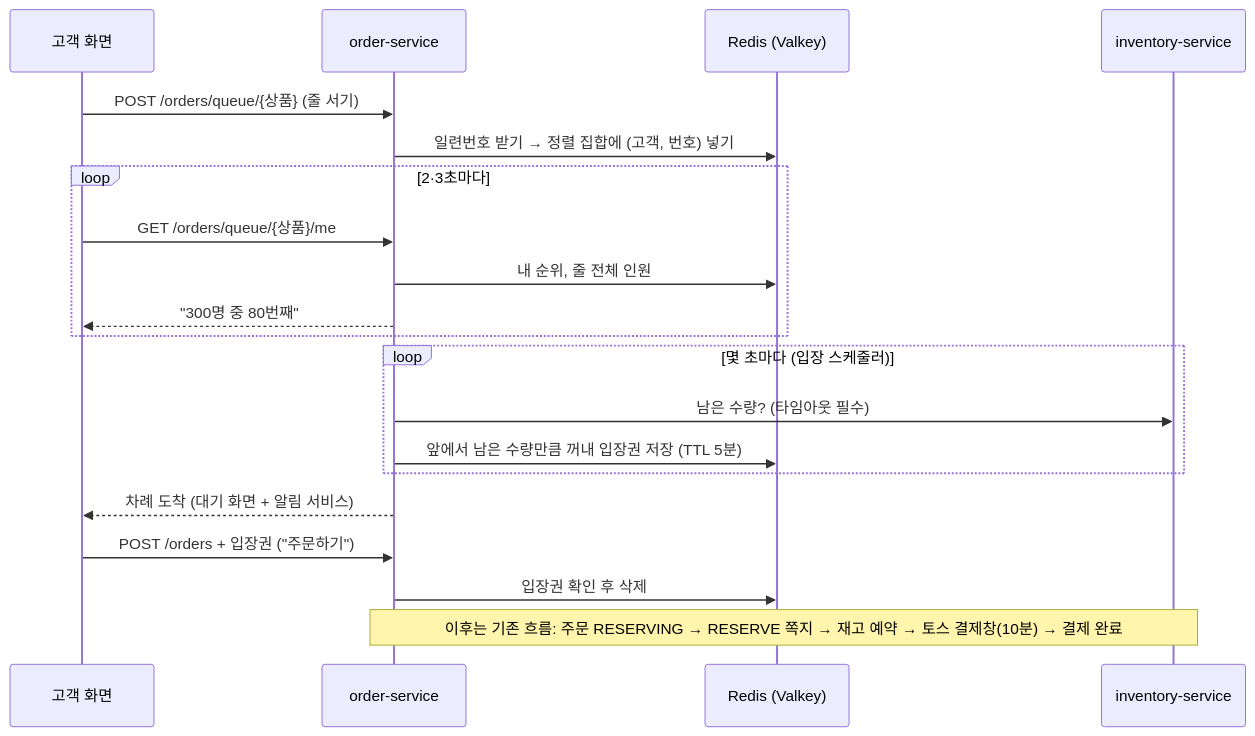
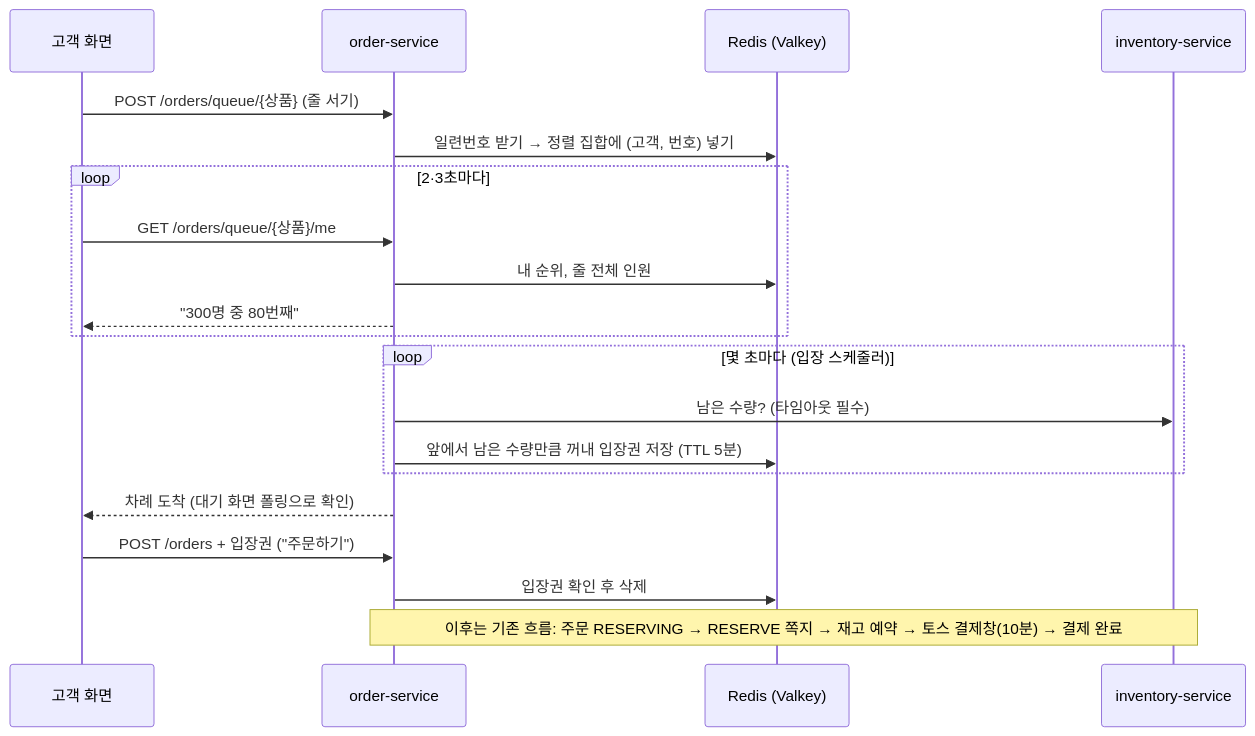
One commit to sesac-freshlink/.github changed the diagram in docs/기능이해/선착순-구매-오픈런.md. Above: the diagram before and after it, drawn with Mermaid. The commit also changed other lines of this file and 4 other files, not shown here.

````diff
--- a/docs/기능이해/선착순-구매-오픈런.md
+++ b/docs/기능이해/선착순-구매-오픈런.md
@@ -102,23 +102,23 @@
 ```mermaid
 sequenceDiagram
     participant C as 고객 화면
     participant O as order-service
     participant R as Redis (Valkey)
     participant I as inventory-service
 
     C->>O: POST /orders/queue/{상품} (줄 서기)
     O->>R: 일련번호 받기 → 정렬 집합에 (고객, 번호) 넣기
     loop 2·3초마다
         C->>O: GET /orders/queue/{상품}/me
         O->>R: 내 순위, 줄 전체 인원
         O-->>C: "300명 중 80번째"
     end
     loop 몇 초마다 (입장 스케줄러)
         O->>I: 남은 수량? (타임아웃 필수)
         O->>R: 앞에서 남은 수량만큼 꺼내 입장권 저장 (TTL 5분)
     end
-    O-->>C: 차례 도착 (대기 화면 + 알림 서비스)
+    O-->>C: 차례 도착 (대기 화면 폴링으로 확인)
     C->>O: POST /orders + 입장권 ("주문하기")
     O->>R: 입장권 확인 후 삭제
     Note over O,I: 이후는 기존 흐름: 주문 RESERVING → RESERVE 쪽지 → 재고 예약 → 토스 결제창(10분) → 결제 완료
 ```
````
